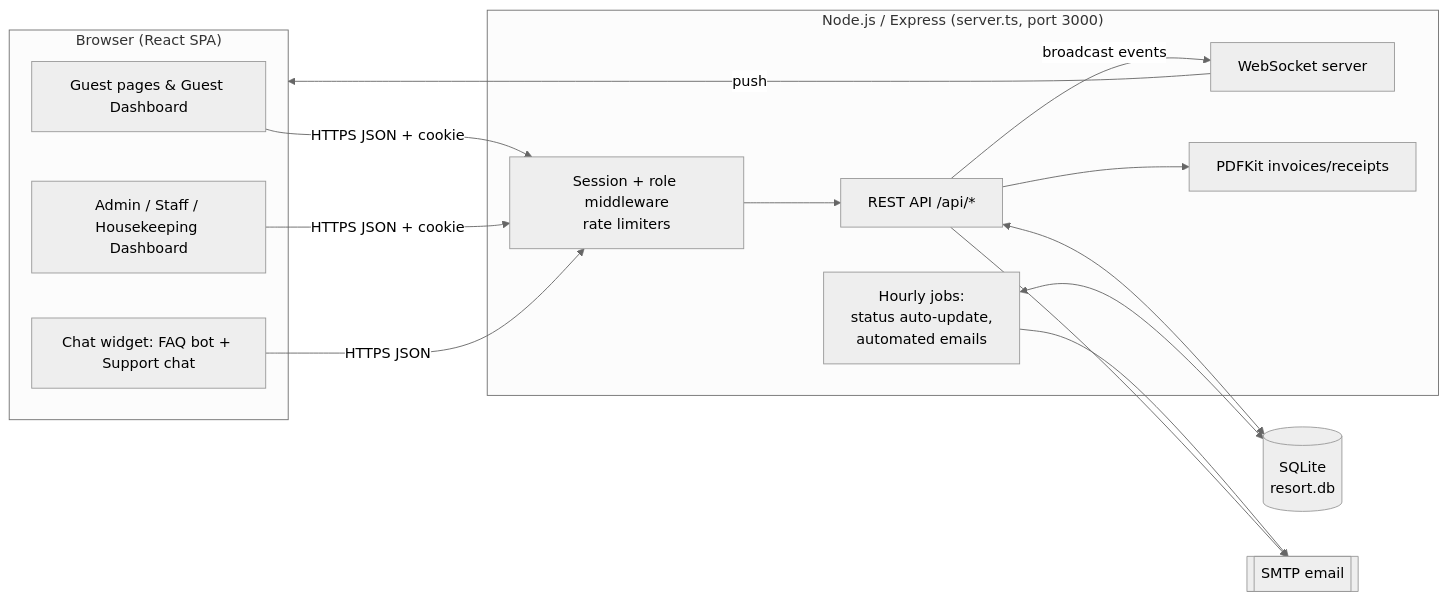
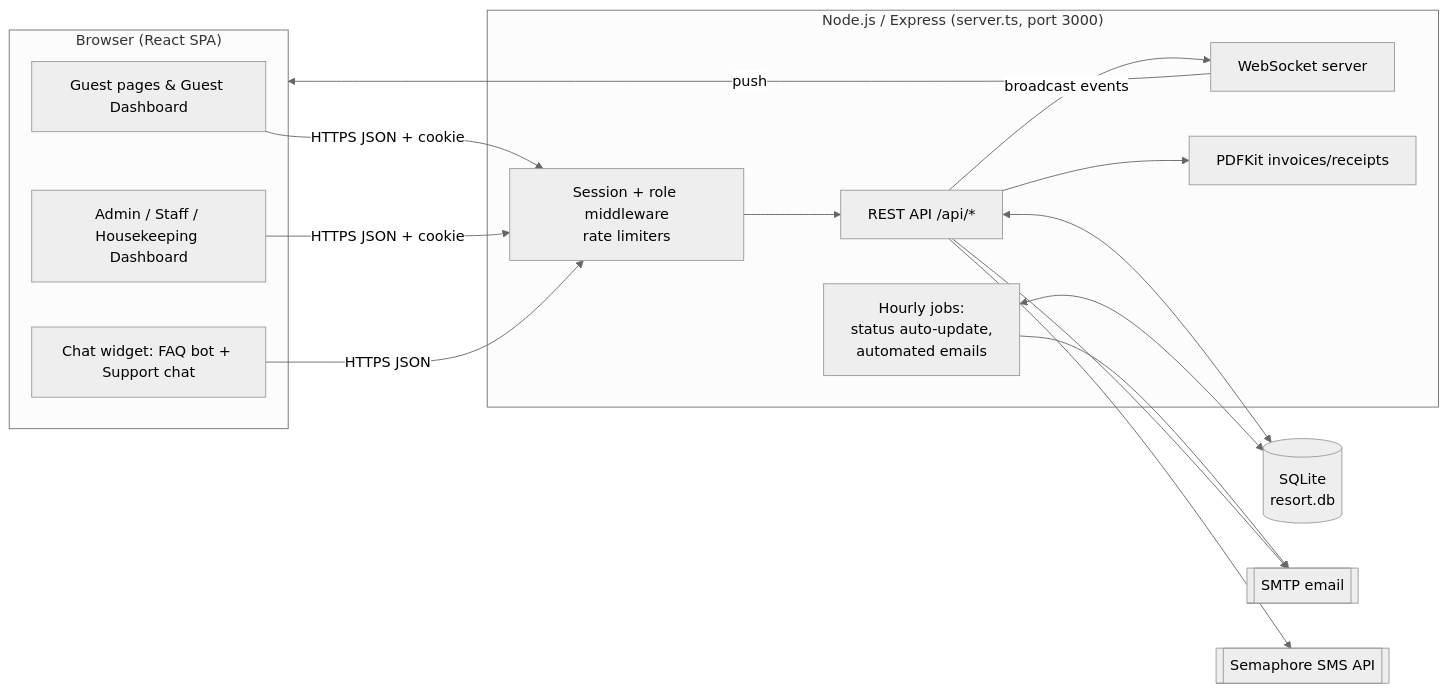
The first of 4 diagrams in docs/SYSTEM_OVERVIEW_AND_HANDOFF.md (Werdddd/da-bali-resort), drawn with Mermaid (neutral theme) before and after one commit. The commit also changed other lines of this file and 5 other files, not shown here.

````diff
--- a/docs/SYSTEM_OVERVIEW_AND_HANDOFF.md
+++ b/docs/SYSTEM_OVERVIEW_AND_HANDOFF.md
@@ -121,29 +125,31 @@
 ```mermaid
 flowchart LR
   subgraph Client["Browser (React SPA)"]
     G[Guest pages & Guest Dashboard]
     A[Admin / Staff / Housekeeping Dashboard]
     C[Chat widget: FAQ bot + Support chat]
   end
 
   subgraph Server["Node.js / Express (server.ts, port 3000)"]
     MW[Session + role middleware<br/>rate limiters]
     API[REST API /api/*]
     WS[WebSocket server]
     JOB[Hourly jobs:<br/>status auto-update,<br/>automated emails]
     PDF[PDFKit invoices/receipts]
   end
 
   DB[(SQLite<br/>resort.db)]
   SMTP[[SMTP email]]
+  SMS[[Semaphore SMS API]]
 
   G -- HTTPS JSON + cookie --> MW --> API
   A -- HTTPS JSON + cookie --> MW
   C -- HTTPS JSON --> MW
   API <--> DB
   JOB <--> DB
   API --> PDF
   API -- broadcast events --> WS -- push --> Client
   JOB --> SMTP
   API --> SMTP
+  API --> SMS
 ```
````
